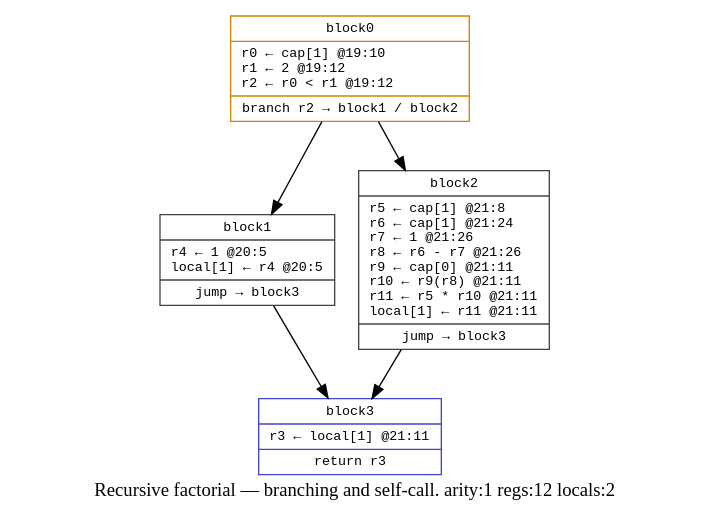
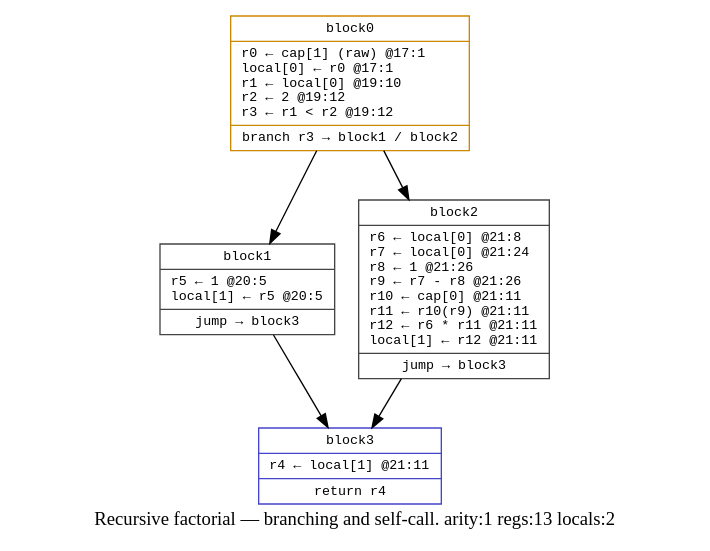
The diagram in demos/cfgviz/factorial.dot (elle-lisp/elle), drawn with Graphviz before and after one commit. The commit also changed 362 other files, not shown here.

```diff
--- a/demos/cfgviz/factorial.dot
+++ b/demos/cfgviz/factorial.dot
@@ -1,12 +1,12 @@
 digraph {
-  label="Recursive factorial — branching and self-call. arity:1 regs:12 locals:2";
+  label="Recursive factorial — branching and self-call. arity:1 regs:13 locals:2";
   node [shape=record fontname="monospace" fontsize=10];
-  block0 [color="#cc8800" label="{block0|r0 ← cap[1] @19:10\lr1 ← 2 @19:12\lr2 ← r0 \< r1 @19:12\l|branch r2 → block1 / block2}"];
+  block0 [color="#cc8800" label="{block0|r0 ← cap[1] (raw) @17:1\llocal[0] ← r0 @17:1\lr1 ← local[0] @19:10\lr2 ← 2 @19:12\lr3 ← r1 \< r2 @19:12\l|branch r3 → block1 / block2}"];
   block0 -> block1;
   block0 -> block2;
-  block1 [color="#444444" label="{block1|r4 ← 1 @20:5\llocal[1] ← r4 @20:5\l|jump → block3}"];
+  block1 [color="#444444" label="{block1|r5 ← 1 @20:5\llocal[1] ← r5 @20:5\l|jump → block3}"];
   block1 -> block3;
-  block2 [color="#444444" label="{block2|r5 ← cap[1] @21:8\lr6 ← cap[1] @21:24\lr7 ← 1 @21:26\lr8 ← r6 - r7 @21:26\lr9 ← cap[0] @21:11\lr10 ← r9(r8) @21:11\lr11 ← r5 * r10 @21:11\llocal[1] ← r11 @21:11\l|jump → block3}"];
+  block2 [color="#444444" label="{block2|r6 ← local[0] @21:8\lr7 ← local[0] @21:24\lr8 ← 1 @21:26\lr9 ← r7 - r8 @21:26\lr10 ← cap[0] @21:11\lr11 ← r10(r9) @21:11\lr12 ← r6 * r11 @21:11\llocal[1] ← r12 @21:11\l|jump → block3}"];
   block2 -> block3;
-  block3 [color="#4444cc" label="{block3|r3 ← local[1] @21:11\l|return r3}"];
+  block3 [color="#4444cc" label="{block3|r4 ← local[1] @21:11\l|return r4}"];
 }
```
